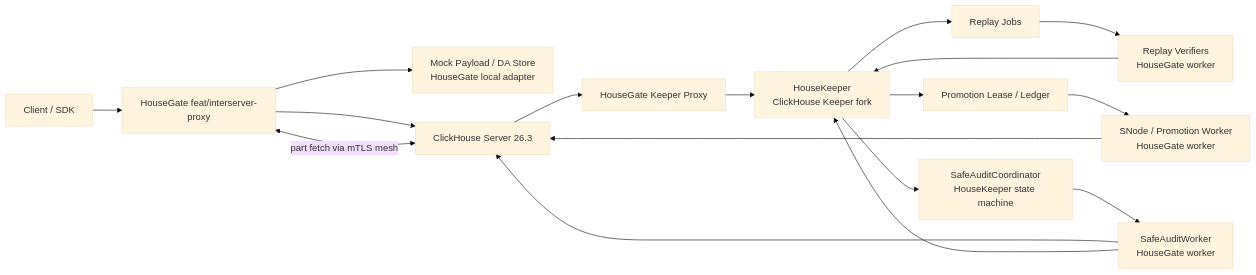
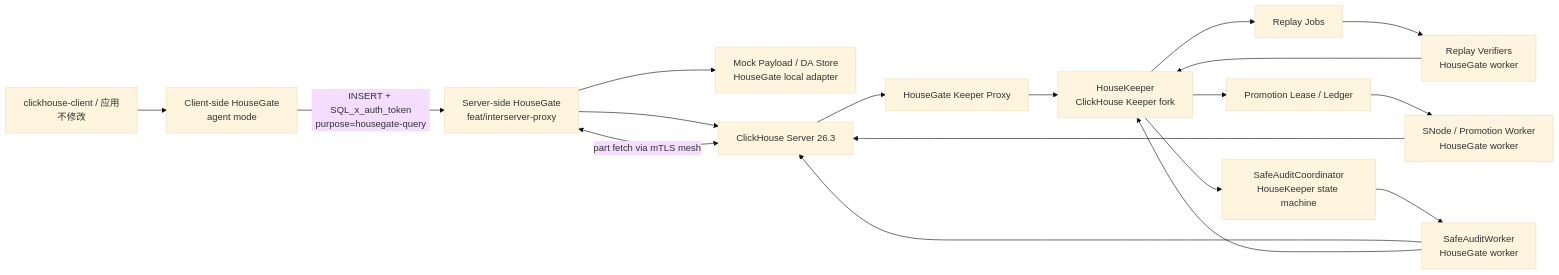
Before and after one commit to housegate/housegate: the first of 4 diagrams in docs/superpowers/specs/2026-06-25-housekeeper-storage-integrity-overall-design.zh-CN.md, drawn with Mermaid (base theme). The commit also changed other lines of this file and 5 other files, not shown here.

Commit message:
feat: tag ingress housegate query tokens

````diff
--- a/docs/superpowers/specs/2026-06-25-housekeeper-storage-integrity-overall-design.zh-CN.md
+++ b/docs/superpowers/specs/2026-06-25-housekeeper-storage-integrity-overall-design.zh-CN.md
@@ -111,19 +111,20 @@
 ```mermaid
 flowchart LR
-  C["Client / SDK"] --> HG["HouseGate feat/interserver-proxy"]
+  C["clickhouse-client / 应用<br/>不修改"] --> HG1["Client-side HouseGate<br/>agent mode"]
+  HG1 -->|"INSERT + SQL_x_auth_token<br/>purpose=housegate-query"| HG["Server-side HouseGate<br/>feat/interserver-proxy"]
   HG --> DA["Mock Payload / DA Store<br/>HouseGate local adapter"]
   HG --> CH["ClickHouse Server 26.3"]
   CH --> KP["HouseGate Keeper Proxy"]
   KP --> HK["HouseKeeper<br/>ClickHouse Keeper fork"]
   CH <-->|"part fetch via mTLS mesh"| HG
   HK --> RJ["Replay Jobs"]
   RJ --> VR["Replay Verifiers<br/>HouseGate worker"]
   VR --> HK
   HK --> PL["Promotion Lease / Ledger"]
   PL --> SN["SNode / Promotion Worker<br/>HouseGate worker"]
   SN --> CH
   HK --> SA["SafeAuditCoordinator<br/>HouseKeeper state machine"]
   SA --> AW["SafeAuditWorker<br/>HouseGate worker"]
   AW --> CH
   AW --> HK
 ```
````
